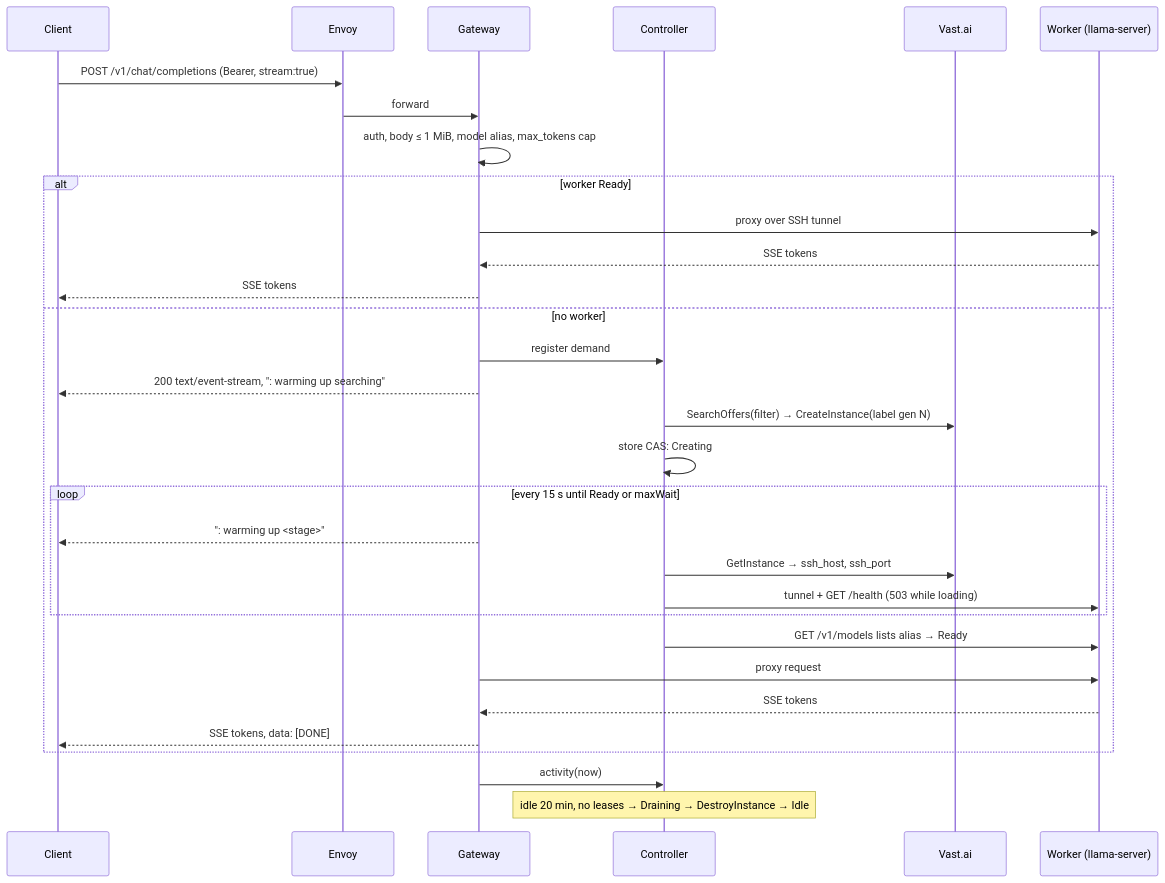
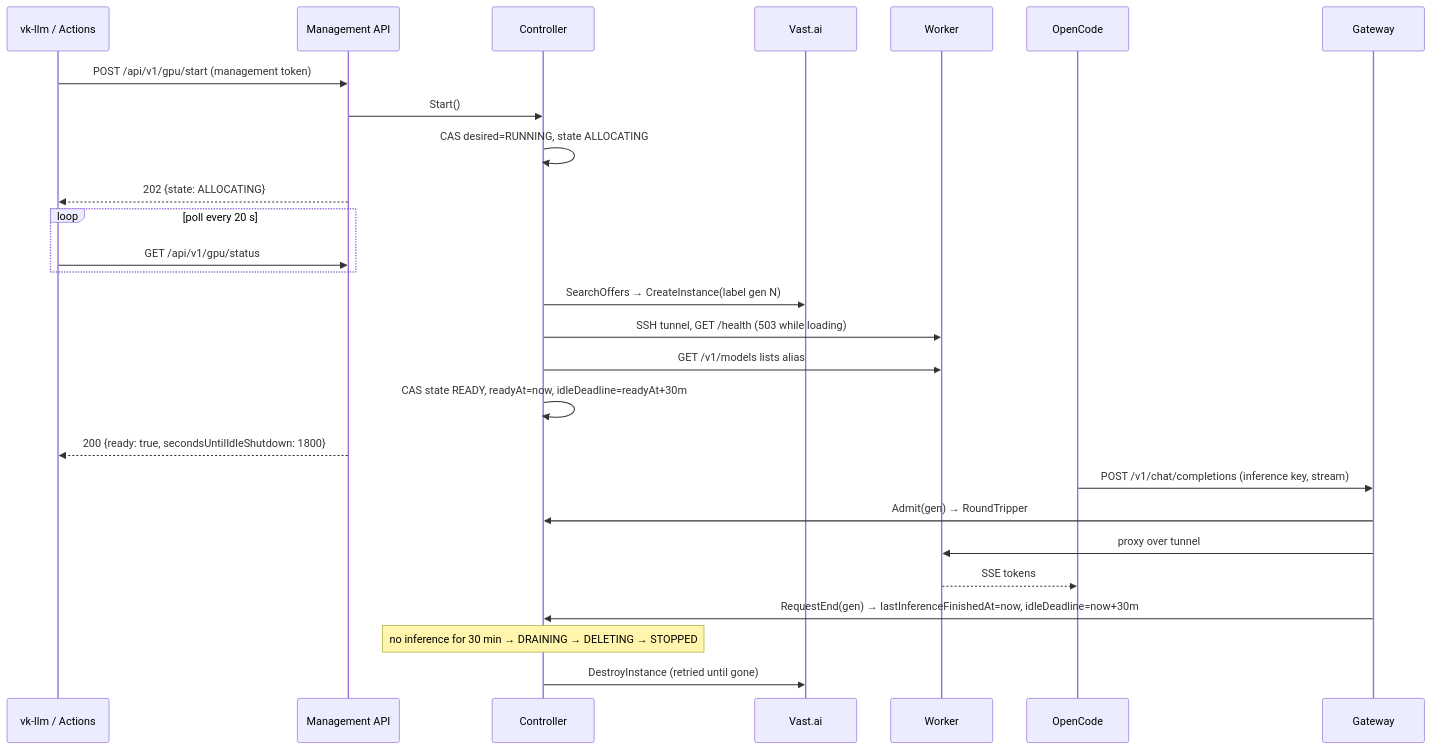
Before and after one commit to savak1990/vk-llm-on-demand: the second of 5 diagrams in docs/architecture.md, drawn with Mermaid. The commit also changed other lines of this file and 41 other files, not shown here.

First line of the commit message:
docs: explicit lifecycle, 30-minute rolling idle, management API, vk-llm CLI

````diff
--- a/docs/architecture.md
+++ b/docs/architecture.md
@@ -65,34 +83,30 @@
 ```mermaid
 sequenceDiagram
-    participant C as Client
-    participant E as Envoy
-    participant G as Gateway
+    participant U as vk-llm / Actions
+    participant M as Management API
     participant K as Controller
     participant V as Vast.ai
-    participant W as Worker (llama-server)
+    participant W as Worker
+    participant C as OpenCode
+    participant G as Gateway
 
-    C->>E: POST /v1/chat/completions (Bearer, stream:true)
-    E->>G: forward
-    G->>G: auth, body ≤ 1 MiB, model alias, max_tokens cap
-    alt worker Ready
-        G->>W: proxy over SSH tunnel
-        W-->>G: SSE tokens
-        G-->>C: SSE tokens
-    else no worker
-        G->>K: register demand
-        G-->>C: 200 text/event-stream, ": warming up searching"
-        K->>V: SearchOffers(filter) → CreateInstance(label gen N)
-        K->>K: store CAS: Creating
-        loop every 15 s until Ready or maxWait
-            G-->>C: ": warming up <stage>"
-            K->>V: GetInstance → ssh_host, ssh_port
-            K->>W: tunnel + GET /health (503 while loading)
-        end
-        K->>W: GET /v1/models lists alias → Ready
-        G->>W: proxy request
-        W-->>G: SSE tokens
-        G-->>C: SSE tokens, data: [DONE]
+    U->>M: POST /api/v1/gpu/start (management token)
+    M->>K: Start()
+    K->>K: CAS desired=RUNNING, state ALLOCATING
+    M-->>U: 202 {state: ALLOCATING}
+    loop poll every 20 s
+        U->>M: GET /api/v1/gpu/status
     end
-    G->>K: activity(now)
-    Note over K: idle 20 min, no leases → Draining → DestroyInstance → Idle
+    K->>V: SearchOffers → CreateInstance(label gen N)
+    K->>W: SSH tunnel, GET /health (503 while loading)
+    K->>W: GET /v1/models lists alias
+    K->>K: CAS state READY, readyAt=now, idleDeadline=readyAt+30m
+    M-->>U: 200 {ready: true, secondsUntilIdleShutdown: 1800}
+    C->>G: POST /v1/chat/completions (inference key, stream)
+    G->>K: Admit(gen) → RoundTripper
+    G->>W: proxy over tunnel
+    W-->>C: SSE tokens
+    G->>K: RequestEnd(gen) → lastInferenceFinishedAt=now, idleDeadline=now+30m
+    Note over K: no inference for 30 min → DRAINING → DELETING → STOPPED
+    K->>V: DestroyInstance (retried until gone)
 ```
````
